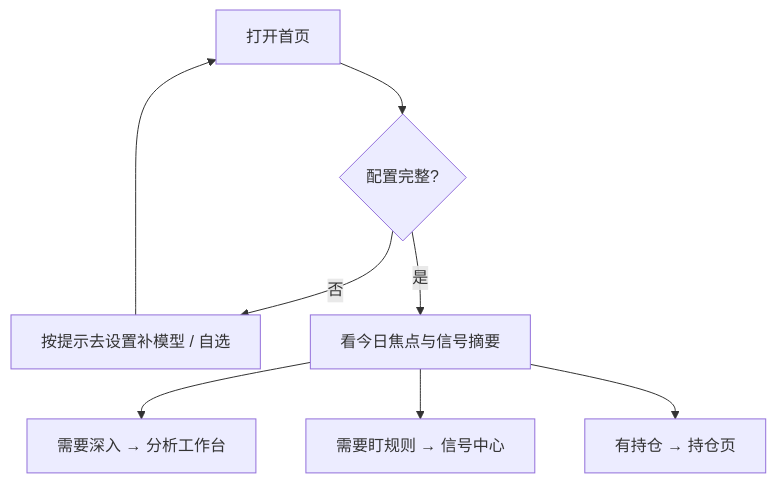
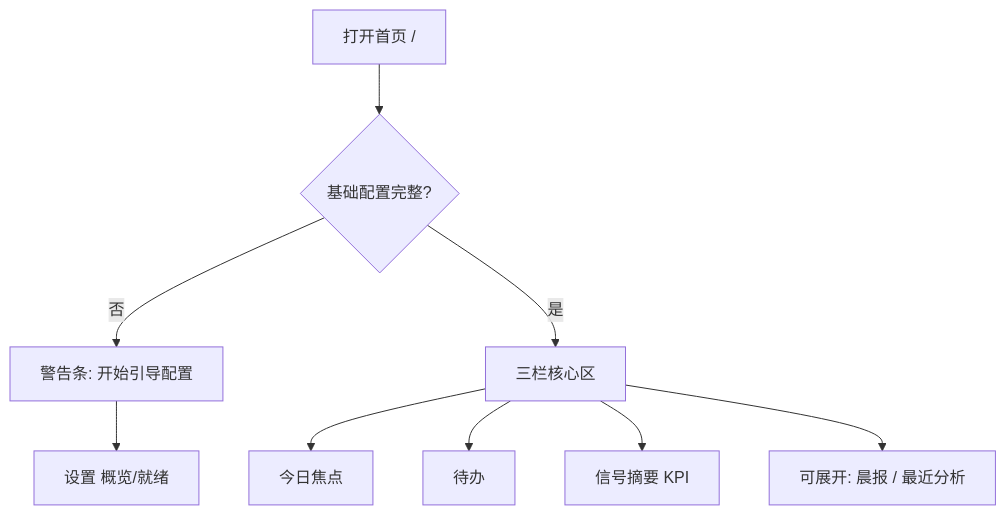
Before and after one commit to SiinXu/stock-pulse-ai: the diagram in docs/ui-manual/02-home.md, drawn with Mermaid. The commit also changed other lines of this file and 32 other files, not shown here.

````diff
--- a/docs/ui-manual/02-home.md
+++ b/docs/ui-manual/02-home.md
@@ -25,10 +35,11 @@
 ```mermaid
 flowchart TD
-  H[打开首页] --> G{配置完整?}
-  G -->|否| S[按提示去设置补模型 / 自选]
-  S --> H
-  G -->|是| F[看今日焦点与信号摘要]
-  F --> A[需要深入 → 分析工作台]
-  F --> C[需要盯规则 → 信号中心]
-  F --> P[有持仓 → 持仓页]
+  H[打开首页 /] --> A{基础配置完整?}
+  A -->|否| B[警告条: 开始引导配置]
+  B --> S[设置 概览/就绪]
+  A -->|是| C[三栏核心区]
+  C --> F[今日焦点]
+  C --> T[待办]
+  C --> N[信号摘要 KPI]
+  C --> E[可展开: 晨报 / 最近分析]
 ```
````
